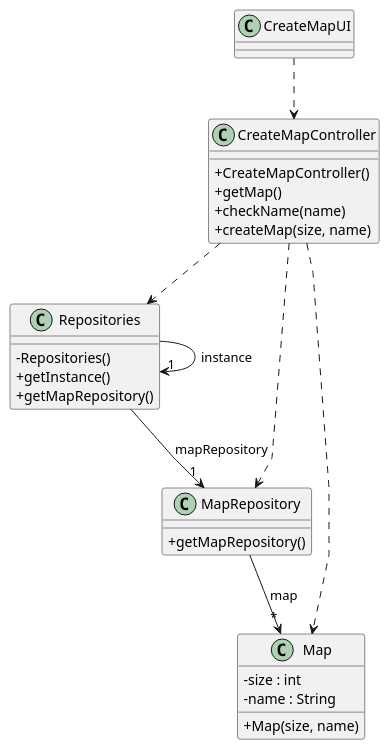
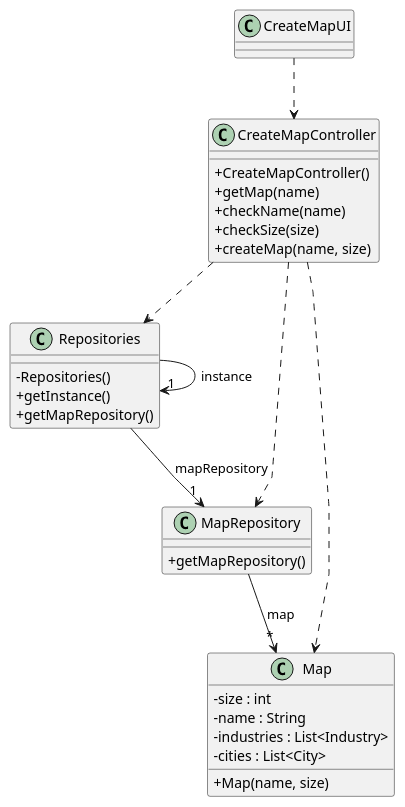
Before and after one commit to 1240935/pi2-railway-simulator: the diagram in Sprint2/US001/03.design/puml/US001-CD.puml, drawn with PlantUML. The commit also changed 20 other files, not shown here.

```diff
--- a/Sprint2/US001/03.design/puml/US001-CD.puml
+++ b/Sprint2/US001/03.design/puml/US001-CD.puml
@@ -1,50 +1,53 @@
 @startuml
 'skinparam monochrome true
 skinparam packageStyle rectangle
 skinparam shadowing false
 skinparam linetype polyline
 'skinparam linetype orto
 
 skinparam classAttributeIconSize 0
 
 'left to right direction
 
 
 class CreateMapUI {
 
 }
 
 class CreateMapController {
   +CreateMapController()
-  +getMap()
+  +getMap(name)
   +checkName(name)
-  +createMap(size, name)
+  +checkSize(size)
+  +createMap(name, size)
 }
 
 class MapRepository {
    +getMapRepository()
 }
 
 class Repositories {
     - Repositories()
     + getInstance()
     + getMapRepository()
 }
 
 class Map {
   - size : int
   - name : String
-  + Map(size, name)
+  - industries : List<Industry>
+  - cities : List<City>
+  + Map(name, size)
 
 }
 
 CreateMapUI ..> CreateMapController
 CreateMapController ..> Repositories
 CreateMapController ..> MapRepository
 CreateMapController ..> Map
 MapRepository --> "*" Map : map
 Repositories --> "1" MapRepository : mapRepository
 Repositories -> "1" Repositories : instance
 
 
 @enduml
```
